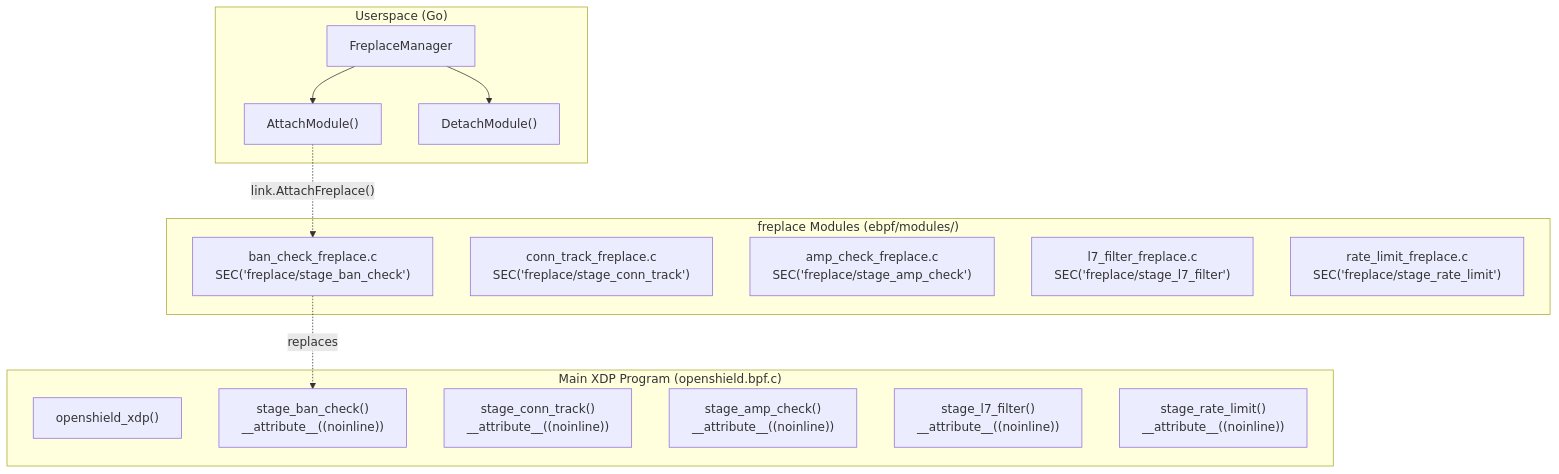
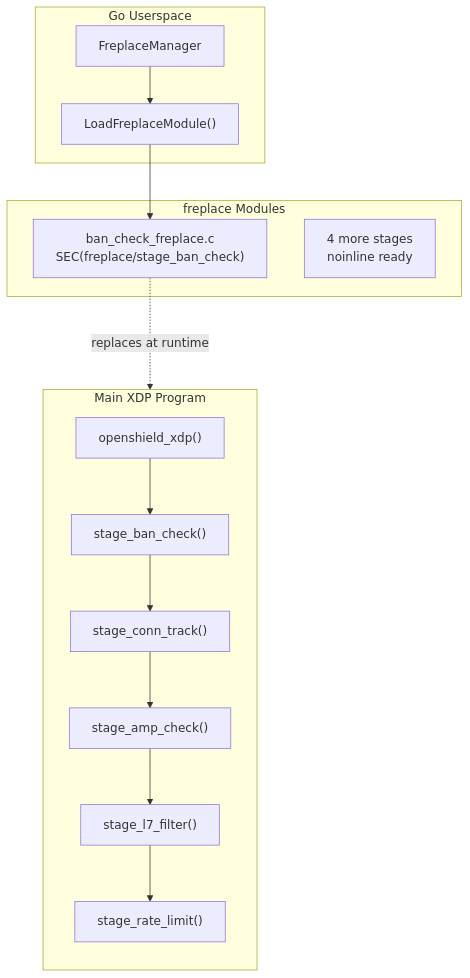
One commit to AnAverageBeing/pingless-studios-docs changed the diagram in docs/openshield-xdp/architecture/freplace.md. Above: the diagram before and after it, drawn with Mermaid. The commit also changed 10 other files, not shown here.

First line of the commit message:
docs: improve landing page, fix mermaid diagram sizing, enlarge all diagrams

````diff
--- a/docs/openshield-xdp/architecture/freplace.md
+++ b/docs/openshield-xdp/architecture/freplace.md
@@ -36,30 +36,23 @@
 ```mermaid
-flowchart TB
-    subgraph Main["Main XDP Program (openshield.bpf.c)"]
-        XDP["openshield_xdp()"]
-        BAN["stage_ban_check()<br/>__attribute__((noinline))"]
-        CT["stage_conn_track()<br/>__attribute__((noinline))"]
-        AMP["stage_amp_check()<br/>__attribute__((noinline))"]
-        L7["stage_l7_filter()<br/>__attribute__((noinline))"]
-        RATE["stage_rate_limit()<br/>__attribute__((noinline))"]
+flowchart TD
+    subgraph MAIN["Main XDP Program"]
+        direction TB
+        A["openshield_xdp()"]
+        S1["stage_ban_check()"]
+        S2["stage_conn_track()"]
+        S3["stage_amp_check()"]
+        S4["stage_l7_filter()"]
+        S5["stage_rate_limit()"]
+        A --> S1 --> S2 --> S3 --> S4 --> S5
     end
-
-    subgraph Replacements["freplace Modules (ebpf/modules/)"]
-        FR_BAN["ban_check_freplace.c<br/>SEC('freplace/stage_ban_check')"]
-        FR_CT["conn_track_freplace.c<br/>SEC('freplace/stage_conn_track')"]
-        FR_AMP["amp_check_freplace.c<br/>SEC('freplace/stage_amp_check')"]
-        FR_L7["l7_filter_freplace.c<br/>SEC('freplace/stage_l7_filter')"]
-        FR_RATE["rate_limit_freplace.c<br/>SEC('freplace/stage_rate_limit')"]
+    subgraph MOD["freplace Modules"]
+        M1["ban_check_freplace.c<br/>SEC(freplace/stage_ban_check)"]
+        M2["4 more stages<br/>noinline ready"]
     end
-
-    subgraph Userspace["Userspace (Go)"]
-        FM["FreplaceManager"]
-        ATTACH["AttachModule()"]
-        DETACH["DetachModule()"]
+    subgraph GO["Go Userspace"]
+        G1["FreplaceManager"]
+        G2["LoadFreplaceModule()"]
     end
-
-    FM --> ATTACH
-    FM --> DETACH
-    ATTACH -. "link.AttachFreplace()" .-> FR_BAN
-    FR_BAN -. "replaces" .-> BAN
+    M1 -..->|"replaces at runtime"| S1
+    G1 --> G2 --> M1
 ```
````
